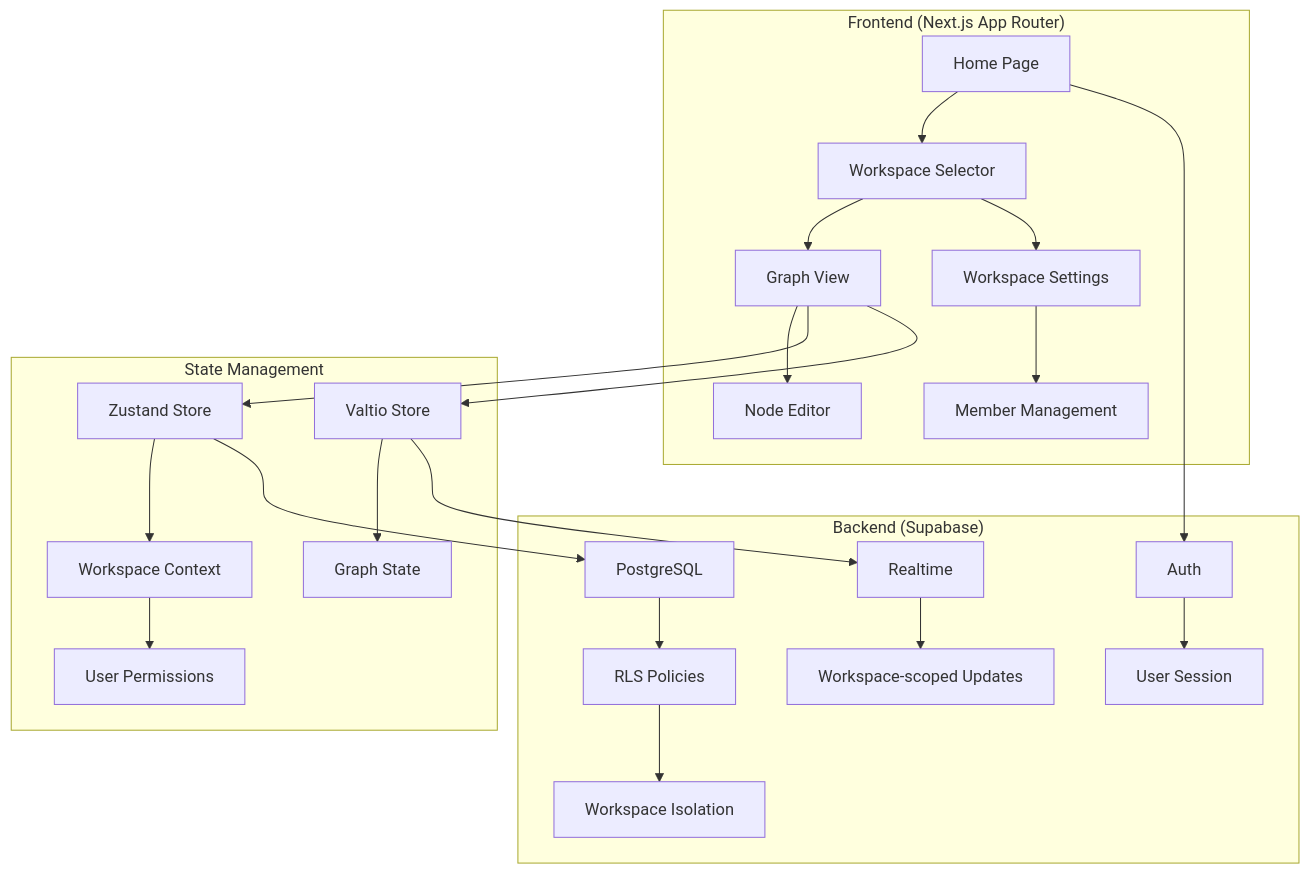
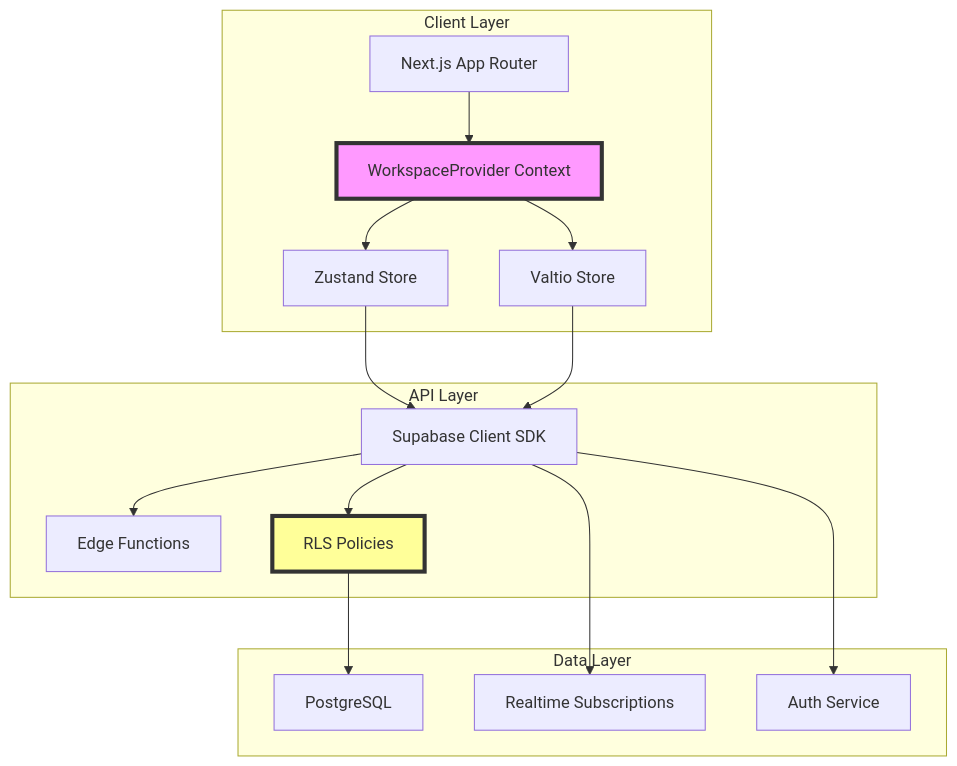
One commit to office-sanmarlok/ParallelLean changed the first of 4 diagrams in temp/design.md. Above: the diagram before and after it, drawn with Mermaid. The commit also changed other lines of this file and 1 other file, not shown here.

````diff
--- a/temp/design.md
+++ b/temp/design.md
@@ -11,29 +26,35 @@
 ```mermaid
 graph TB
-    subgraph "Frontend (Next.js App Router)"
-        A[Home Page] --> B[Workspace Selector]
-        B --> C[Graph View]
-        B --> D[Workspace Settings]
-        C --> E[Node Editor]
-        D --> F[Member Management]
+    subgraph "Client Layer"
+        A[Next.js App Router]
+        B[WorkspaceProvider Context]
+        C[Zustand Store]
+        D[Valtio Store]
     end
     
-    subgraph "State Management"
-        G[Zustand Store] --> H[Workspace Context]
-        H --> I[User Permissions]
-        J[Valtio Store] --> K[Graph State]
+    subgraph "API Layer"
+        E[Supabase Client SDK]
+        F[Edge Functions]
+        G[RLS Policies]
     end
     
-    subgraph "Backend (Supabase)"
-        L[PostgreSQL] --> M[RLS Policies]
-        M --> N[Workspace Isolation]
-        O[Realtime] --> P[Workspace-scoped Updates]
-        Q[Auth] --> R[User Session]
+    subgraph "Data Layer"
+        H[PostgreSQL]
+        I[Realtime Subscriptions]
+        J[Auth Service]
     end
     
-    C --> G
-    C --> J
-    G --> L
-    J --> O
-    A --> Q
+    A --> B
+    B --> C
+    B --> D
+    C --> E
+    D --> E
+    E --> F
+    E --> G
+    G --> H
+    E --> I
+    E --> J
+    
+    style B fill:#f9f,stroke:#333,stroke-width:4px
+    style G fill:#ff9,stroke:#333,stroke-width:4px
 ```
````
